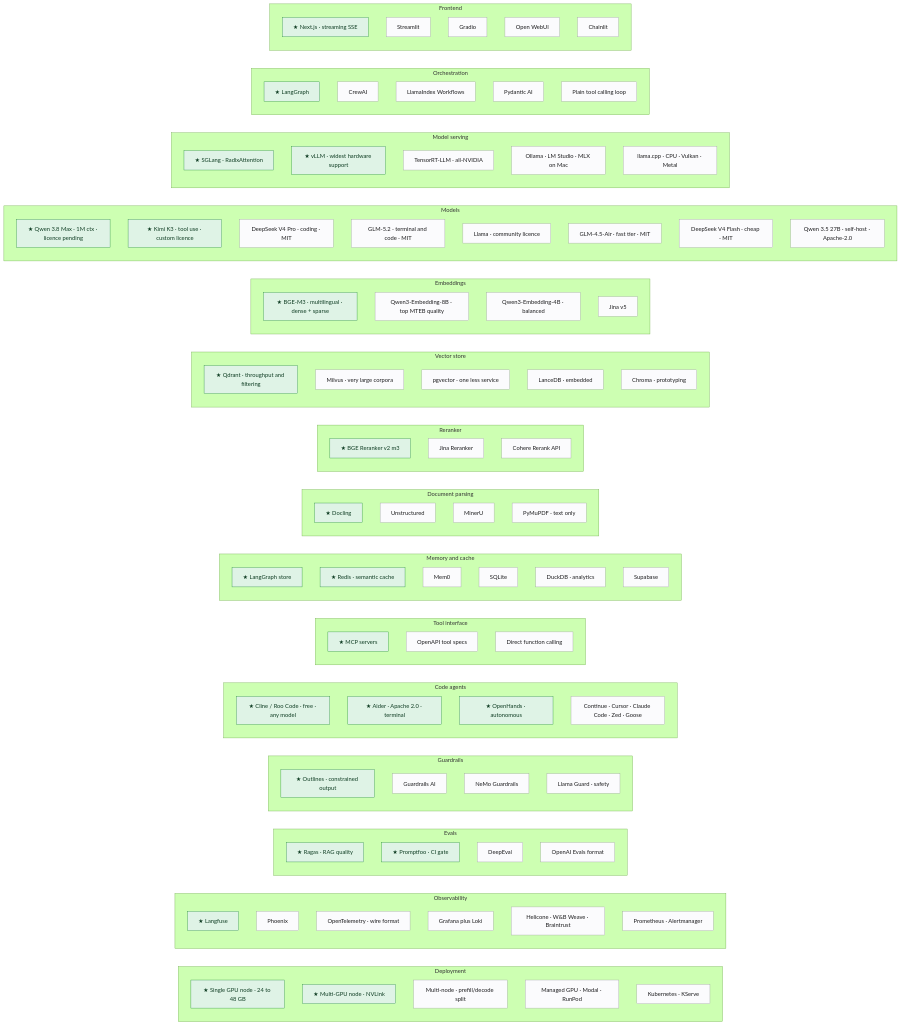
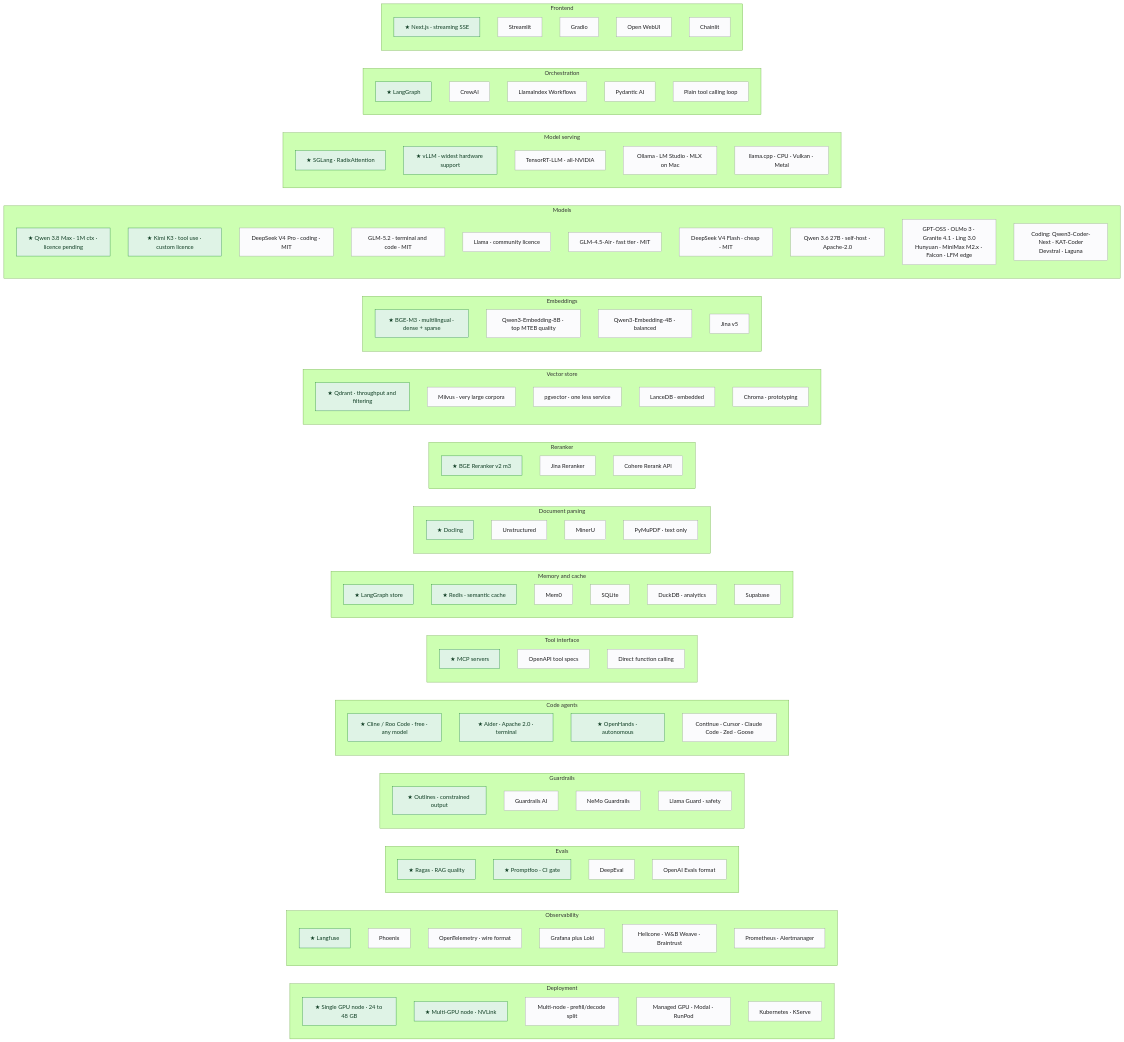
Before and after one commit to mlvpatel/open-weight-agent-stack: the diagram in diagrams/src/technology-catalogue.mmd, drawn with Mermaid (forest theme). The commit also changed 7 other files, not shown here.

```diff
--- a/diagrams/src/technology-catalogue.mmd
+++ b/diagrams/src/technology-catalogue.mmd
@@ -1,108 +1,110 @@
 flowchart LR
     subgraph CAT_DP["Deployment"]
         DP1["★ Single GPU node · 24 to 48 GB"]
         DP2["★ Multi-GPU node · NVLink"]
         DP3["Multi-node · prefill/decode split"]
         DP4["Managed GPU · Modal · RunPod"]
         DP5["Kubernetes · KServe"]
     end
     subgraph CAT_OB["Observability"]
         OB1["★ Langfuse"]
         OB2["Phoenix"]
         OB3["OpenTelemetry · wire format"]
         OB4["Grafana plus Loki"]
         OB5["Helicone · W&B Weave · Braintrust"]
         OB6["Prometheus · Alertmanager"]
     end
     subgraph CAT_EV["Evals"]
         EV1["★ Ragas · RAG quality"]
         EV2["★ Promptfoo · CI gate"]
         EV3["DeepEval"]
         EV4["OpenAI Evals format"]
     end
     subgraph CAT_GR["Guardrails"]
         GR1["★ Outlines · constrained output"]
         GR2["Guardrails AI"]
         GR3["NeMo Guardrails"]
         GR4["Llama Guard · safety"]
     end
     subgraph CAT_CA["Code agents"]
         CA1["★ Cline / Roo Code · free · any model"]
         CA2["★ Aider · Apache 2.0 · terminal"]
         CA3["★ OpenHands · autonomous"]
         CA4["Continue · Cursor · Claude Code · Zed · Goose"]
     end
     subgraph CAT_TL["Tool interface"]
         TL1["★ MCP servers"]
         TL2["OpenAPI tool specs"]
         TL3["Direct function calling"]
     end
     subgraph CAT_ME["Memory and cache"]
         ME1["★ LangGraph store"]
         ME2["★ Redis · semantic cache"]
         ME3["Mem0"]
         ME4["SQLite"]
         ME5["DuckDB · analytics"]
         ME6["Supabase"]
     end
     subgraph CAT_PA["Document parsing"]
         PA1["★ Docling"]
         PA2["Unstructured"]
         PA3["MinerU"]
         PA4["PyMuPDF · text only"]
     end
     subgraph CAT_RR["Reranker"]
         RR1["★ BGE Reranker v2 m3"]
         RR2["Jina Reranker"]
         RR3["Cohere Rerank API"]
     end
     subgraph CAT_VS["Vector store"]
         VS1["★ Qdrant · throughput and filtering"]
         VS2["Milvus · very large corpora"]
         VS3["pgvector · one less service"]
         VS4["LanceDB · embedded"]
         VS5["Chroma · prototyping"]
     end
     subgraph CAT_EM["Embeddings"]
         EM1["★ BGE-M3 · multilingual · dense + sparse"]
         EM2["Qwen3-Embedding-8B · top MTEB quality"]
         EM3["Qwen3-Embedding-4B · balanced"]
         EM4["Jina v5"]
     end
     subgraph CAT_MD["Models"]
         MD1["★ Qwen 3.8 Max · 1M ctx · licence pending"]
         MD2["★ Kimi K3 · tool use · custom licence"]
         MD3["DeepSeek V4 Pro · coding · MIT"]
         MD4["GLM-5.2 · terminal and code · MIT"]
         MD5["Llama · community licence"]
         MD6["GLM-4.5-Air · fast tier · MIT"]
         MD7["DeepSeek V4 Flash · cheap · MIT"]
-        MD8["Qwen 3.5 27B · self-host · Apache-2.0"]
+        MD8["Qwen 3.6 27B · self-host · Apache-2.0"]
+        MD9["GPT-OSS · OLMo 3 · Granite 4.1 · Ling 3.0<br/>Hunyuan · MiniMax M2.x · Falcon · LFM edge"]
+        MD10["Coding: Qwen3-Coder-Next · KAT-Coder<br/>Devstral · Laguna"]
     end
     subgraph CAT_SV["Model serving"]
         SV1["★ SGLang · RadixAttention"]
         SV2["★ vLLM · widest hardware support"]
         SV3["TensorRT-LLM · all-NVIDIA"]
         SV4["Ollama · LM Studio · MLX on Mac"]
         SV5["llama.cpp · CPU · Vulkan · Metal"]
     end
     subgraph CAT_OR["Orchestration"]
         OR1["★ LangGraph"]
         OR2["CrewAI"]
         OR3["LlamaIndex Workflows"]
         OR4["Pydantic AI"]
         OR5["Plain tool calling loop"]
     end
     subgraph CAT_FE["Frontend"]
         FE1["★ Next.js · streaming SSE"]
         FE2["Streamlit"]
         FE3["Gradio"]
         FE4["Open WebUI"]
         FE5["Chainlit"]
     end
 
     classDef pick fill:#dff3e6,stroke:#248a3d,color:#0f3d23
     classDef alt fill:#fbfbfd,stroke:#a1a1a6,color:#1d1d1f
 
     class FE1,OR1,SV1,SV2,MD1,MD2,EM1,VS1,RR1,PA1,ME1,ME2,TL1,CA1,CA2,CA3,GR1,EV1,EV2,OB1,DP1,DP2 pick
-    class FE2,FE3,FE4,FE5,OR2,OR3,OR4,OR5,SV3,SV4,SV5,MD3,MD4,MD5,MD6,MD7,MD8,EM2,EM3,EM4,VS2,VS3,VS4,VS5,RR2,RR3,PA2,PA3,PA4,ME3,ME4,ME5,ME6,TL2,TL3,CA4,GR2,GR3,GR4,EV3,EV4,OB2,OB3,OB4,OB5,OB6,DP3,DP4,DP5 alt
+    class FE2,FE3,FE4,FE5,OR2,OR3,OR4,OR5,SV3,SV4,SV5,MD3,MD4,MD5,MD6,MD7,MD8,MD9,MD10,EM2,EM3,EM4,VS2,VS3,VS4,VS5,RR2,RR3,PA2,PA3,PA4,ME3,ME4,ME5,ME6,TL2,TL3,CA4,GR2,GR3,GR4,EV3,EV4,OB2,OB3,OB4,OB5,OB6,DP3,DP4,DP5 alt
```
